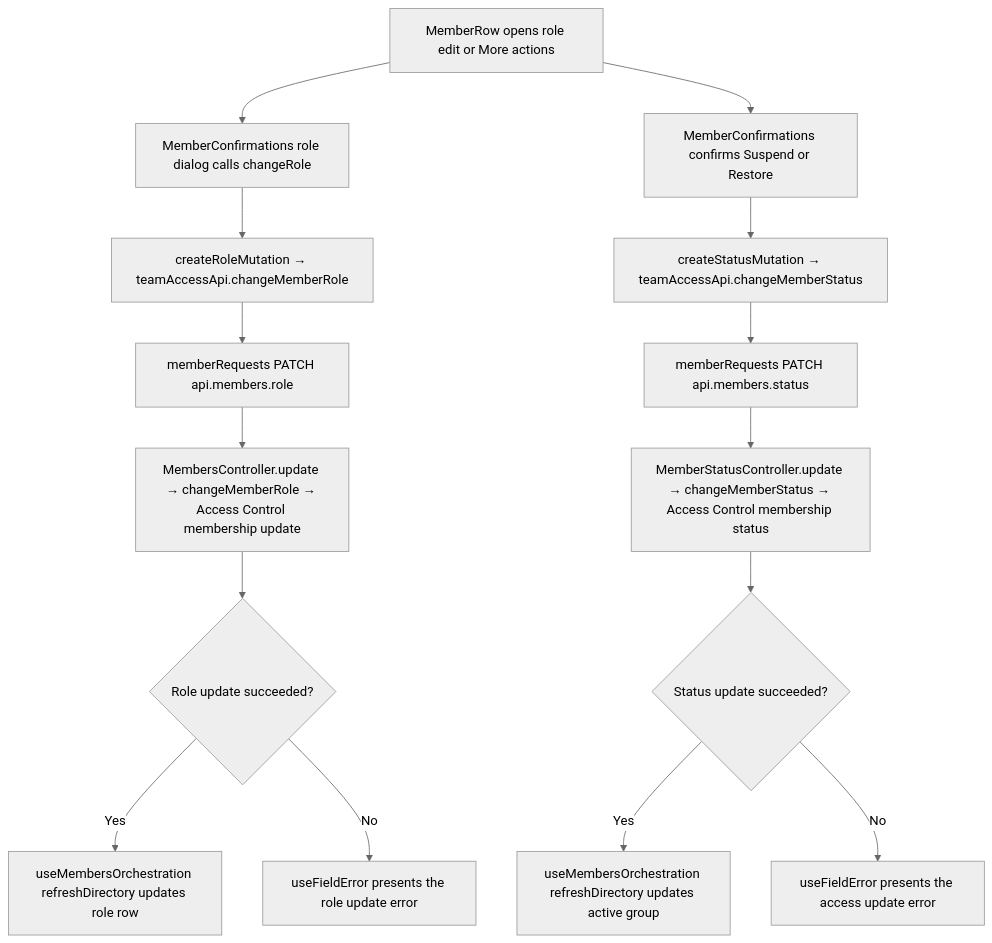
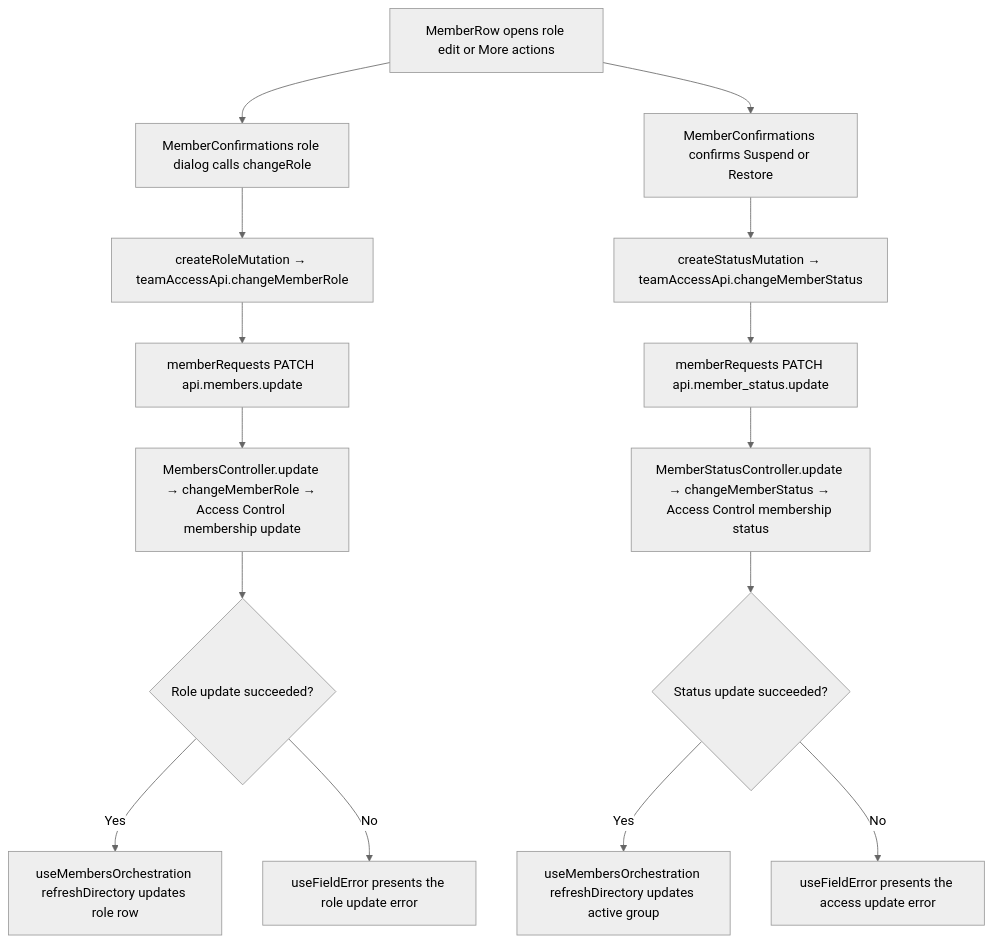
The second of 2 diagrams in user-stories/team/US-TEAM-06-change-membership.md (Kevinjohn/capacitylens), drawn with Mermaid (neutral theme) before and after one commit. The commit also changed 153 other files, not shown here.

````diff
--- a/user-stories/team/US-TEAM-06-change-membership.md
+++ b/user-stories/team/US-TEAM-06-change-membership.md
@@ -37,17 +37,17 @@
 ```mermaid
 flowchart TD
     Row["MemberRow opens role edit or More actions"] --> RoleDialog["MemberConfirmations role dialog calls changeRole"]
     RoleDialog --> RoleMutation["createRoleMutation → teamAccessApi.changeMemberRole"]
-    RoleMutation --> RoleAPI["memberRequests PATCH api.members.role"]
+    RoleMutation --> RoleAPI["memberRequests PATCH api.members.update"]
     RoleAPI --> RoleServer["MembersController.update → changeMemberRole → Access Control membership update"]
     RoleServer --> RoleResult{"Role update succeeded?"}
     RoleResult -->|"Yes"| RefreshRole["useMembersOrchestration refreshDirectory updates role row"]
     RoleResult -->|"No"| RoleError["useFieldError presents the role update error"]
     Row --> StatusConfirm["MemberConfirmations confirms Suspend or Restore"]
     StatusConfirm --> StatusMutation["createStatusMutation → teamAccessApi.changeMemberStatus"]
-    StatusMutation --> StatusAPI["memberRequests PATCH api.members.status"]
+    StatusMutation --> StatusAPI["memberRequests PATCH api.member_status.update"]
     StatusAPI --> StatusServer["MemberStatusController.update → changeMemberStatus → Access Control membership status"]
     StatusServer --> StatusResult{"Status update succeeded?"}
     StatusResult -->|"Yes"| RefreshStatus["useMembersOrchestration refreshDirectory updates active group"]
     StatusResult -->|"No"| StatusError["useFieldError presents the access update error"]
 ```
````
